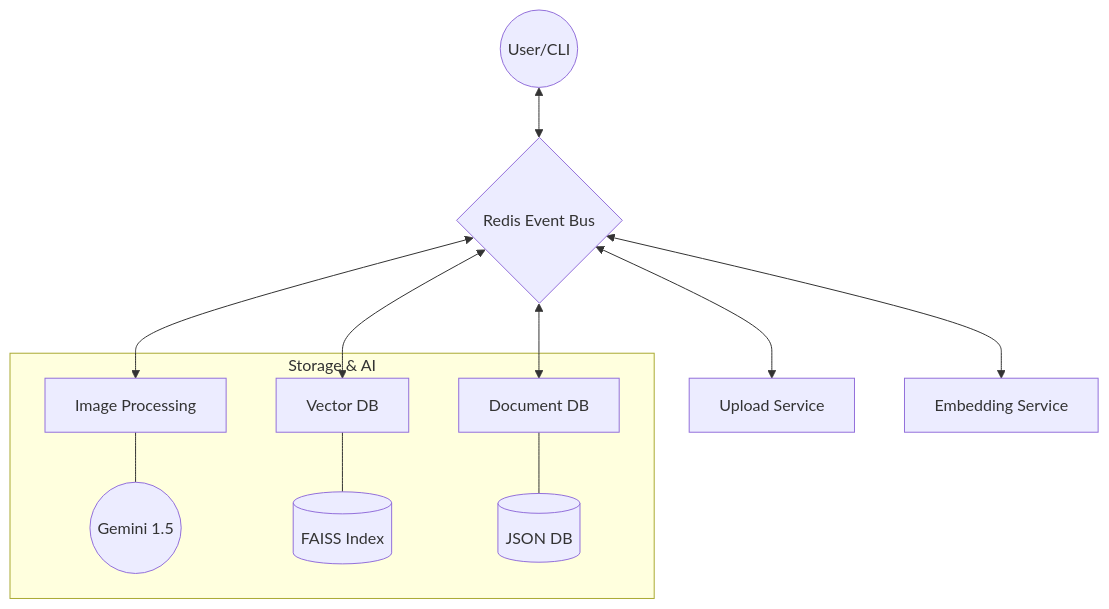
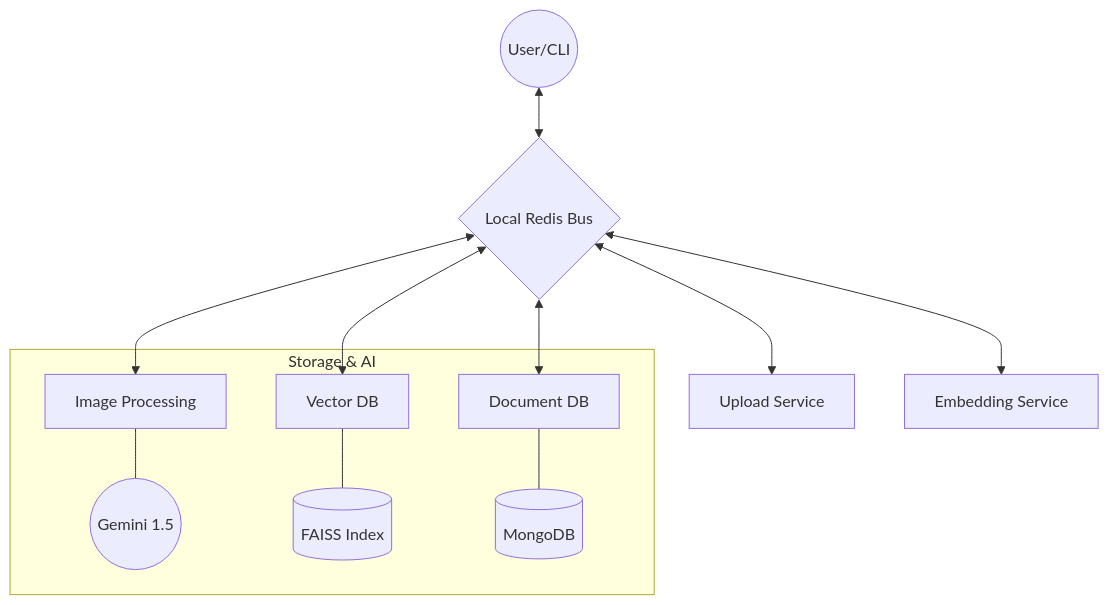
The first of 2 diagrams in README.md (syedmohdqasim/image-annotation), drawn with Mermaid before and after one commit. The commit also changed other lines of this file and 1 other file, not shown here.

Commit message:
add sample env file and update Mongo db details

````diff
--- a/README.md
+++ b/README.md
@@ -8,16 +8,16 @@
 ```mermaid
 graph TD
-    CLI((User/CLI)) <--> Bus{Redis Event Bus}
+    CLI((User/CLI)) <--> Bus{Local Redis Bus}
     
     Bus <--> Upload[Upload Service]
     Bus <--> Proc[Image Processing]
     Bus <--> Embed[Embedding Service]
     Bus <--> VecDB[Vector DB]
     Bus <--> DocDB[Document DB]
     
     subgraph "Storage & AI"
         Proc --- Gemini((Gemini 1.5))
         VecDB --- FAISS[(FAISS Index)]
-        DocDB --- JSON[(JSON DB)]
+        DocDB --- Mongo[(MongoDB)]
     end
 ```
````
